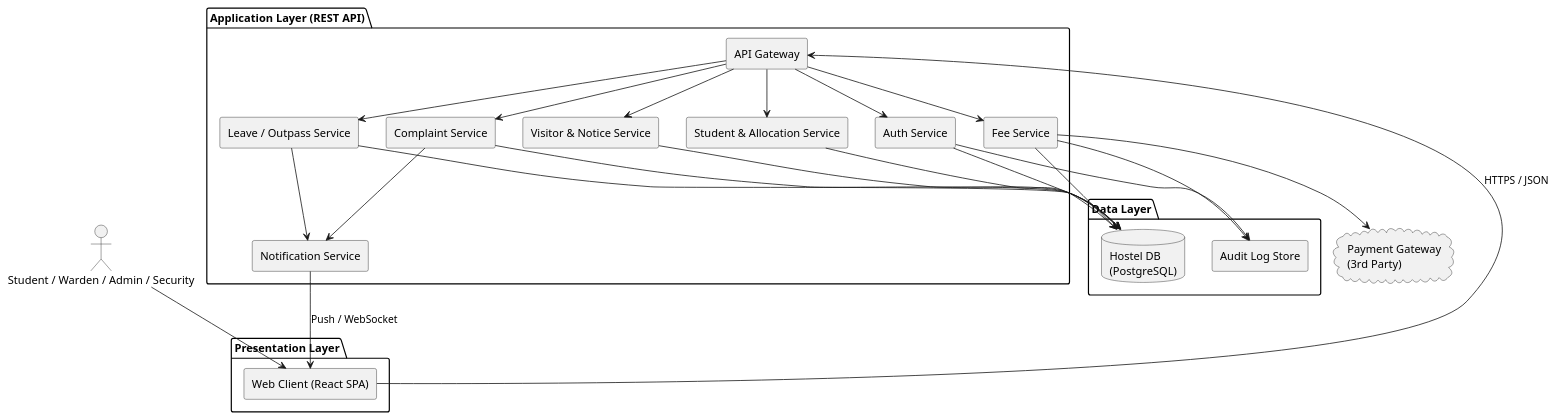
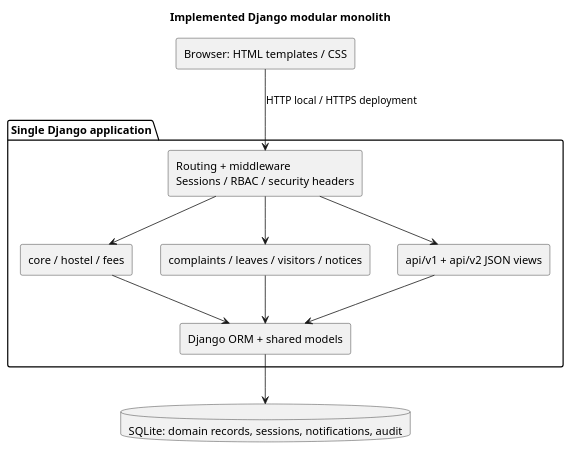
One commit to SruthiVejju/SE_MiniProject changed the diagram in docs/diagrams/src/component-diagram.puml. Above: the diagram before and after it, drawn with PlantUML. The commit also changed 20 other files, not shown here.

Commit message:
Document implemented architecture and final test results

```diff
--- a/docs/diagrams/src/component-diagram.puml
+++ b/docs/diagrams/src/component-diagram.puml
@@ -1,51 +1,21 @@
 @startuml component-diagram
+title Implemented Django modular monolith
 skinparam componentStyle rectangle
-
-actor "Student / Warden / Admin / Security" as User
-
-package "Presentation Layer" {
-  [Web Client (React SPA)] as Web
+[Browser: HTML templates / CSS] as Browser
+package "Single Django application" {
+ [Routing + middleware\nSessions / RBAC / security headers] as Routing
+ [core / hostel / fees] as Domains1
+ [complaints / leaves / visitors / notices] as Domains2
+ [api/v1 + api/v2 JSON views] as API
+ [Django ORM + shared models] as ORM
 }
-
-package "Application Layer (REST API)" {
-  [API Gateway] as GW
-  [Auth Service] as Auth
-  [Student & Allocation Service] as StudentSvc
-  [Fee Service] as FeeSvc
-  [Complaint Service] as ComplaintSvc
-  [Leave / Outpass Service] as LeaveSvc
-  [Visitor & Notice Service] as VisitorSvc
-  [Notification Service] as Notif
-}
-
-package "Data Layer" {
-  database "Hostel DB\n(PostgreSQL)" as DB
-  [Audit Log Store] as AuditLog
-}
-
-cloud "Payment Gateway\n(3rd Party)" as Pay
-
-User --> Web
-Web --> GW : HTTPS / JSON
-
-GW --> Auth
-GW --> StudentSvc
-GW --> FeeSvc
-GW --> ComplaintSvc
-GW --> LeaveSvc
-GW --> VisitorSvc
-
-Auth --> DB
-StudentSvc --> DB
-FeeSvc --> DB
-FeeSvc --> Pay
-ComplaintSvc --> DB
-LeaveSvc --> DB
-VisitorSvc --> DB
-
-Auth --> AuditLog
-FeeSvc --> AuditLog
-ComplaintSvc --> Notif
-LeaveSvc --> Notif
-Notif --> Web : Push / WebSocket
+database "SQLite: domain records, sessions, notifications, audit" as DB
+Browser --> Routing : HTTP local / HTTPS deployment
+Routing --> Domains1
+Routing --> Domains2
+Routing --> API
+Domains1 --> ORM
+Domains2 --> ORM
+API --> ORM
+ORM --> DB
 @enduml
```
